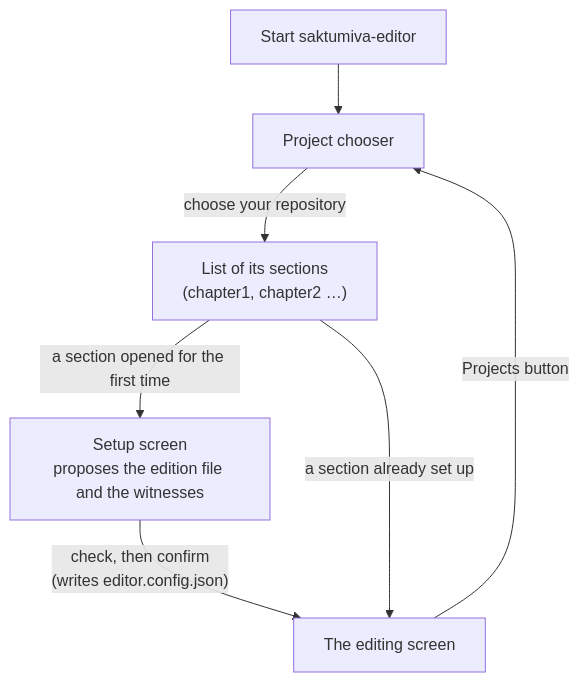
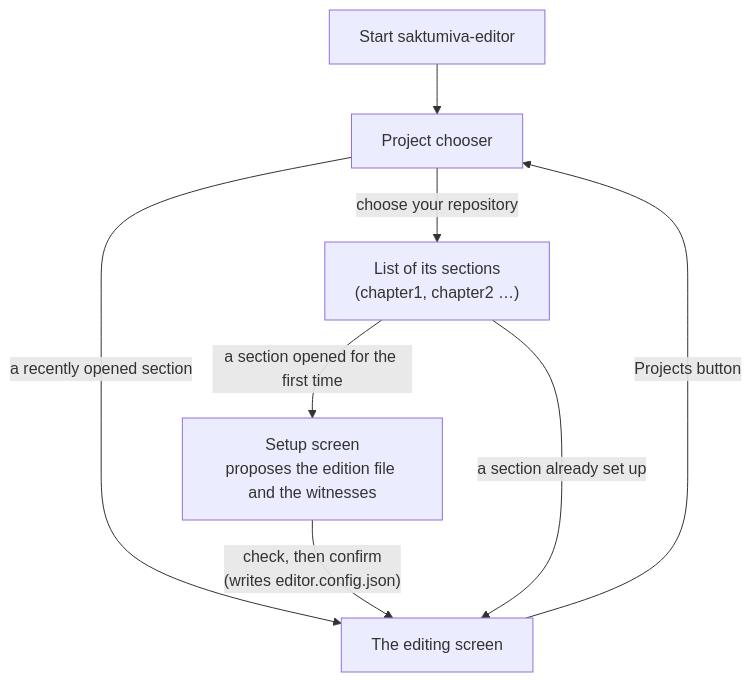
One commit to sushrutaproject/saktumiva2-editor changed the fourth of 5 diagrams in docs/tutorial.md. Above: the diagram before and after it, drawn with Mermaid. The commit also changed other lines of this file and 1 other file, not shown here.

````diff
--- a/docs/tutorial.md
+++ b/docs/tutorial.md
@@ -381,9 +387,10 @@
 ```mermaid
 flowchart TD
     S["Start saktumiva-editor"] --> C["Project chooser"]
+    C -->|"a recently opened section"| E
     C -->|"choose your repository"| L["List of its sections<br/>(chapter1, chapter2 …)"]
     L -->|"a section opened for the first time"| U["Setup screen<br/>proposes the edition file and the witnesses"]
     U -->|"check, then confirm<br/>(writes editor.config.json)"| E["The editing screen"]
     L -->|"a section already set up"| E
     E -->|"Projects button"| C
 ```
````
